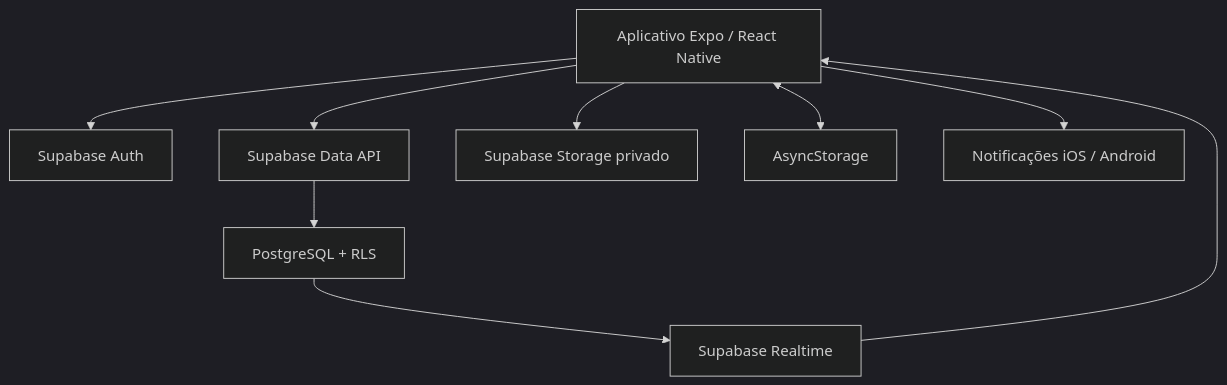
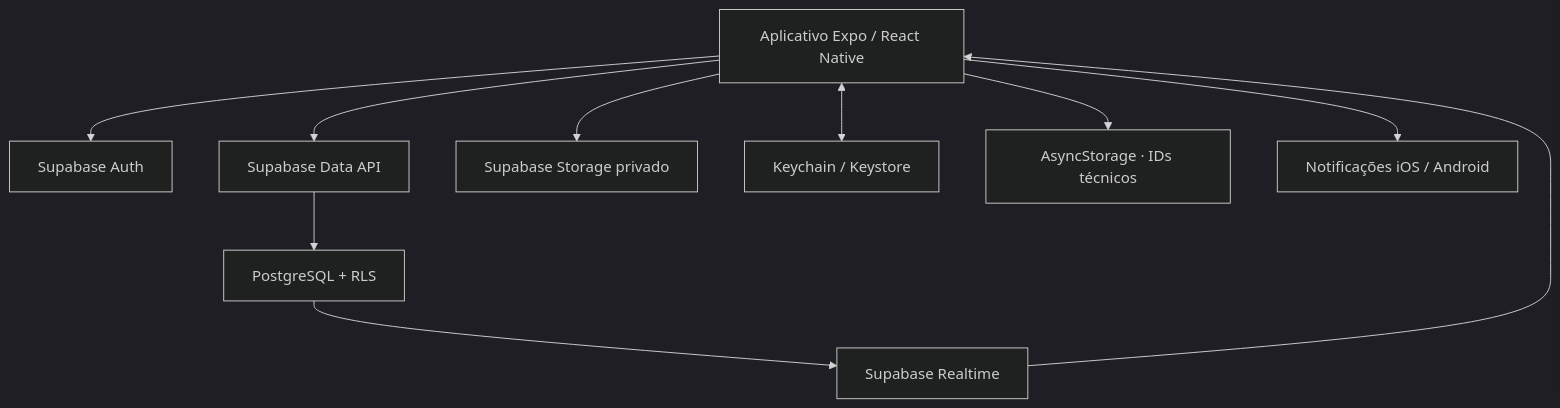
One commit to Lucas-Bonatto/laco-familia changed the second of 2 diagrams in README.md. Above: the diagram before and after it, drawn with Mermaid (dark theme). The commit also changed other lines of this file and 30 other files, not shown here.

````diff
--- a/README.md
+++ b/README.md
@@ -66,18 +66,20 @@
 ```mermaid
 flowchart TB
     APP["Aplicativo Expo / React Native"]
     AUTH["Supabase Auth"]
     API["Supabase Data API"]
     DB["PostgreSQL + RLS"]
     RT["Supabase Realtime"]
     STORE["Supabase Storage privado"]
-    LOCAL["AsyncStorage"]
+    SECURE["Keychain / Keystore"]
+    LOCAL["AsyncStorage · IDs técnicos"]
     OS["Notificações iOS / Android"]
 
     APP --> AUTH
     APP --> API --> DB
     DB --> RT --> APP
     APP --> STORE
-    APP <--> LOCAL
+    APP <--> SECURE
+    APP --> LOCAL
     APP --> OS
 ```
````
